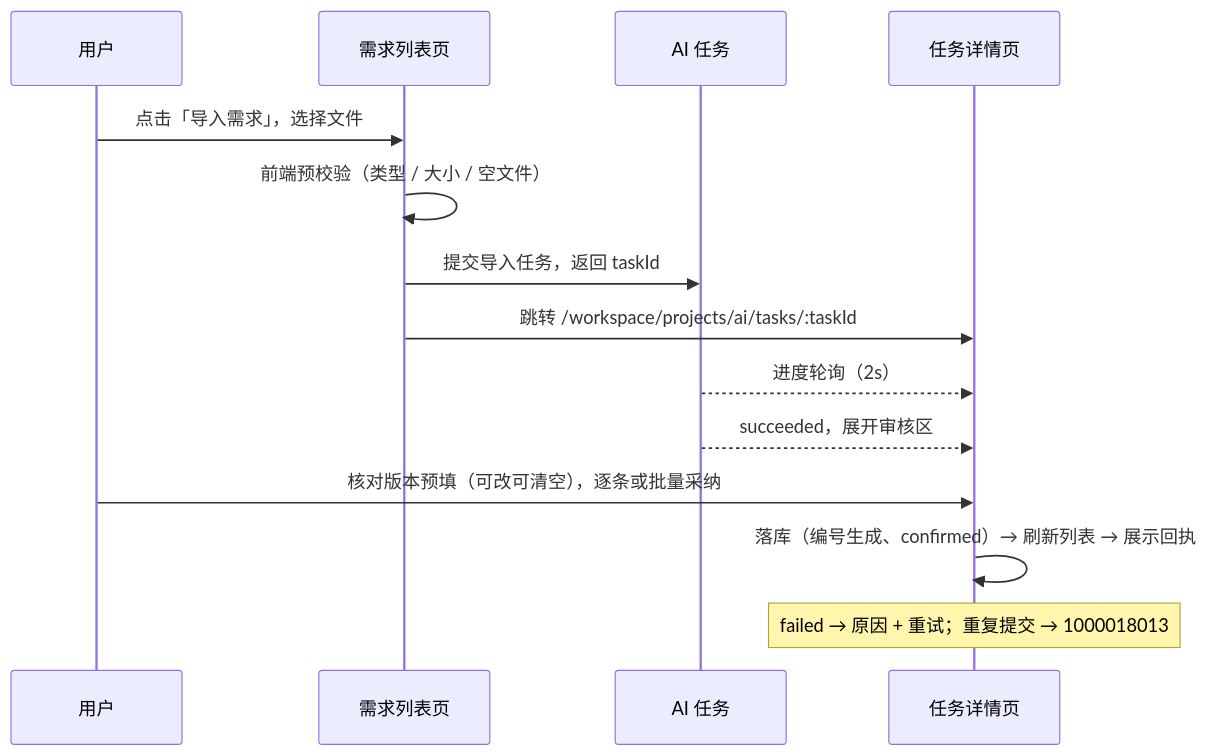
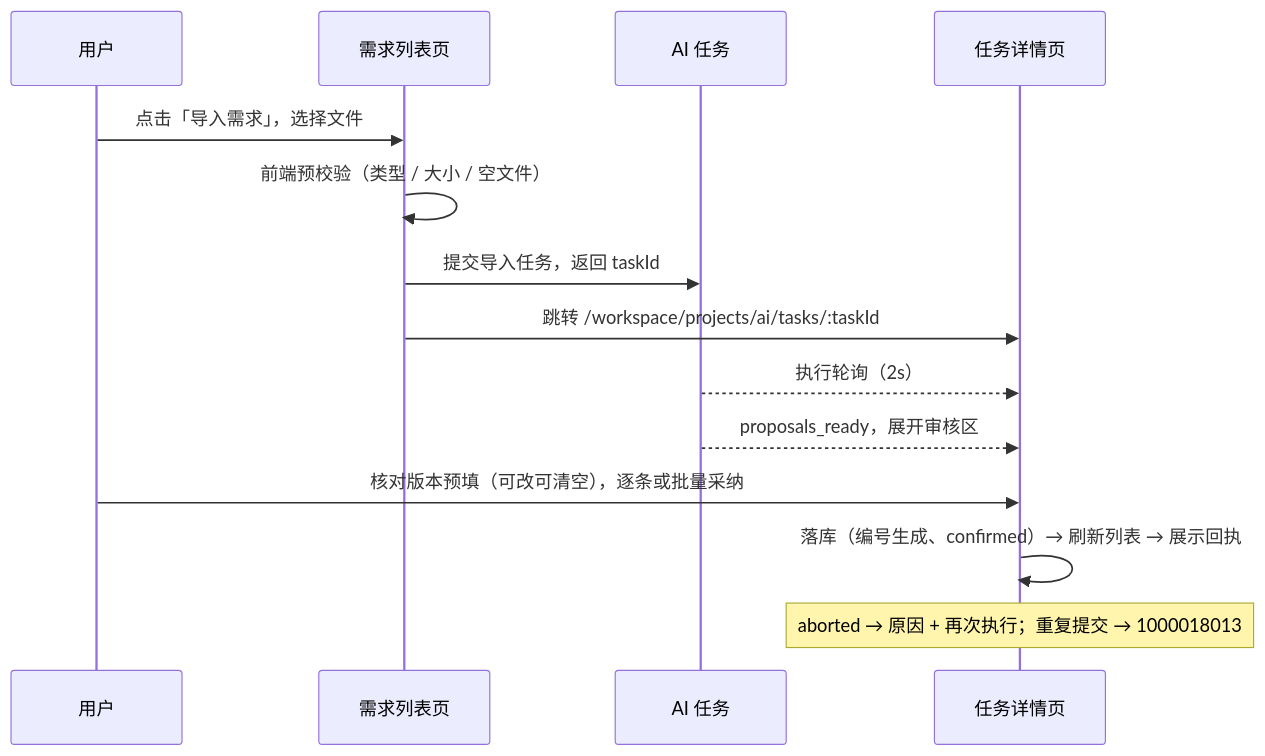
Before and after one commit to XiaoMiSum/robotest: the first of 2 diagrams in docs/05-interaction-design/06-requirement-management/02-requirement-ui.md, drawn with Mermaid. The commit also changed other lines of this file and 18 other files, not shown here.

````diff
--- a/docs/05-interaction-design/06-requirement-management/02-requirement-ui.md
+++ b/docs/05-interaction-design/06-requirement-management/02-requirement-ui.md
@@ -216,16 +216,16 @@
 ```mermaid
 sequenceDiagram
   participant U as 用户
   participant P as 需求列表页
   participant T as AI 任务
   participant D as 任务详情页
   U->>P: 点击「导入需求」，选择文件
   P->>P: 前端预校验（类型 / 大小 / 空文件）
   P->>T: 提交导入任务，返回 taskId
   P->>D: 跳转 /workspace/projects/ai/tasks/:taskId
-  T-->>D: 进度轮询（2s）
-  T-->>D: succeeded，展开审核区
+  T-->>D: 执行轮询（2s）
+  T-->>D: proposals_ready，展开审核区
   U->>D: 核对版本预填（可改可清空），逐条或批量采纳
   D->>D: 落库（编号生成、confirmed）→ 刷新列表 → 展示回执
-  Note over D: failed → 原因 + 重试；重复提交 → 1000018013
+  Note over D: aborted → 原因 + 再次执行；重复提交 → 1000018013
 ```
````
